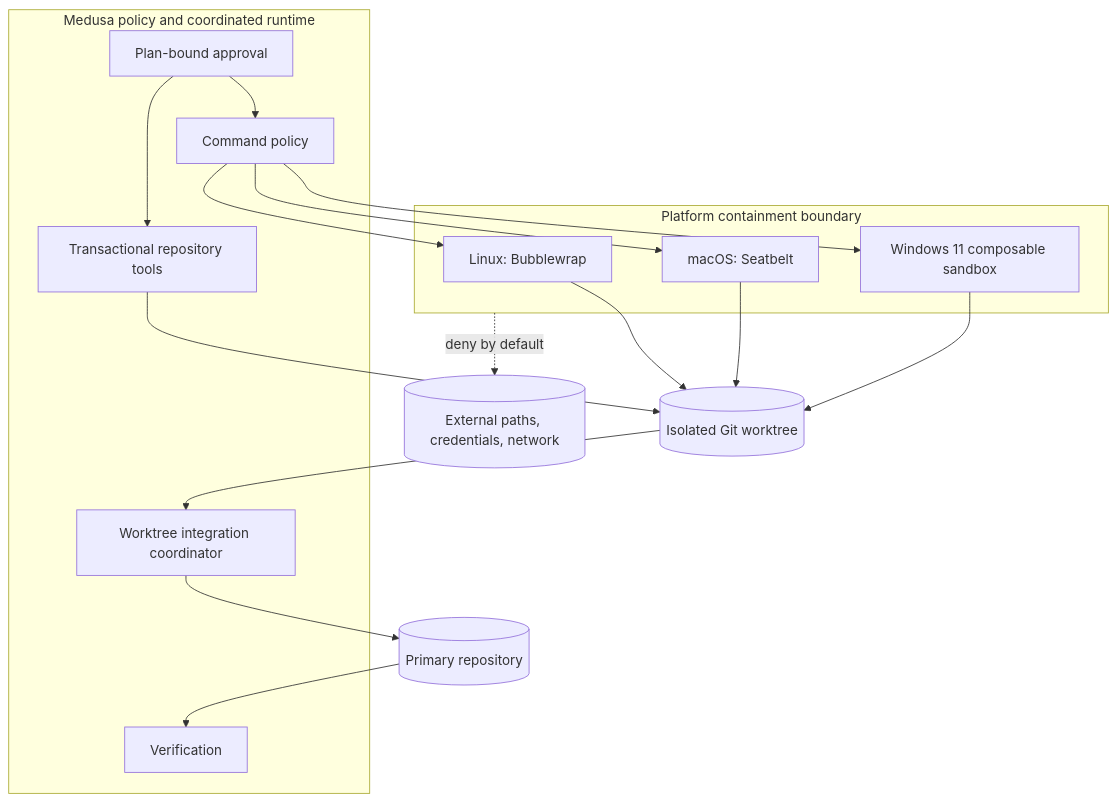
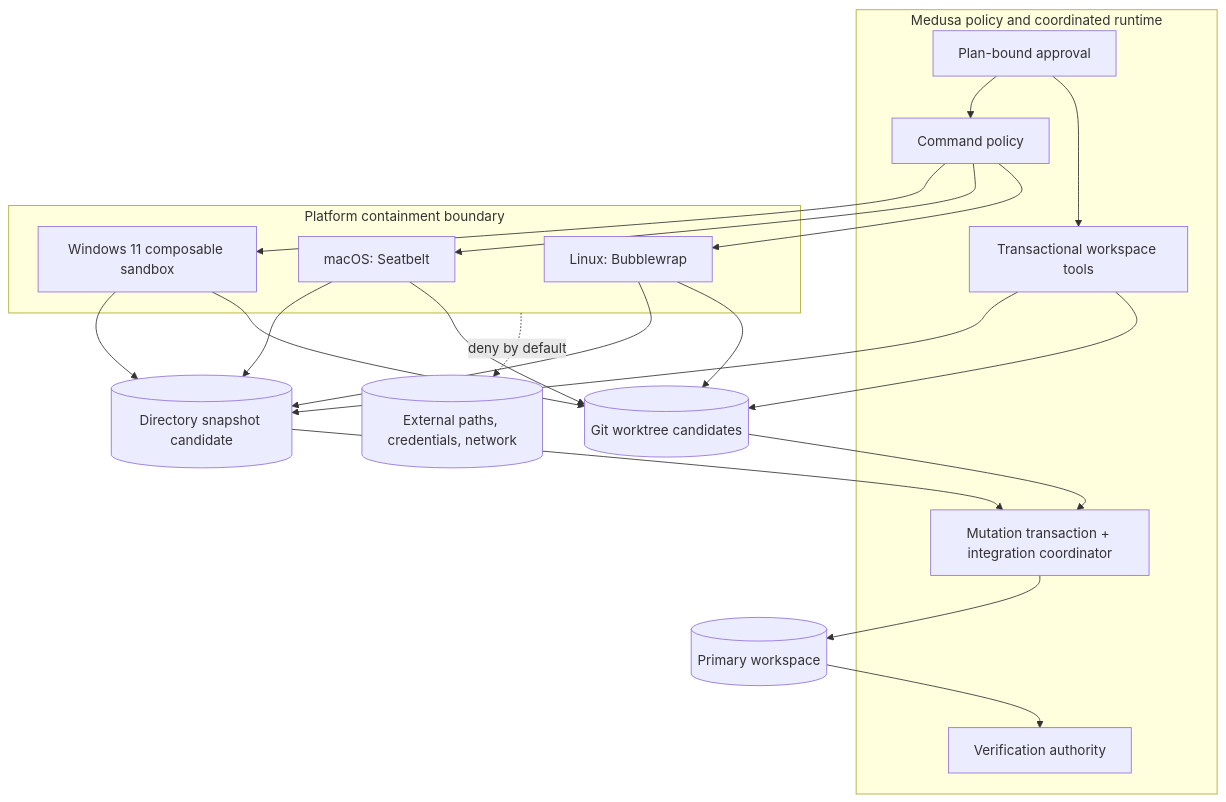
Before and after one commit to benclawbot/Medusa: the second of 5 diagrams in docs/ARCHITECTURE.md, drawn with Mermaid. The commit also changed other lines of this file, not shown here.

Commit message:
docs: align architecture with workspace-aware parallel execution

````diff
--- a/docs/ARCHITECTURE.md
+++ b/docs/ARCHITECTURE.md
@@ -43,31 +52,37 @@
 ```mermaid
 flowchart TB
     subgraph Trusted[Medusa policy and coordinated runtime]
       A[Plan-bound approval]
-      T[Transactional repository tools]
+      T[Transactional workspace tools]
       C[Command policy]
-      O[Worktree integration coordinator]
-      V[Verification]
+      O[Mutation transaction + integration coordinator]
+      V[Verification authority]
     end
     subgraph Boundary[Platform containment boundary]
       L[Linux: Bubblewrap]
       M[macOS: Seatbelt]
       W[Windows 11 composable sandbox]
     end
-    Repo[(Primary repository)]
-    WT[(Isolated Git worktree)]
+    Root[(Primary workspace)]
+    GitWT[(Git worktree candidates)]
+    DirWT[(Directory snapshot candidate)]
     External[(External paths, credentials, network)]
     A --> T
     A --> C
-    T --> WT
+    T --> GitWT
+    T --> DirWT
     C --> L
     C --> M
     C --> W
-    L --> WT
-    M --> WT
-    W --> WT
-    WT --> O
-    O --> Repo
+    L --> GitWT
+    L --> DirWT
+    M --> GitWT
+    M --> DirWT
+    W --> GitWT
+    W --> DirWT
+    GitWT --> O
+    DirWT --> O
+    O --> Root
     Boundary -. deny by default .-> External
-    Repo --> V
+    Root --> V
 ```
````
